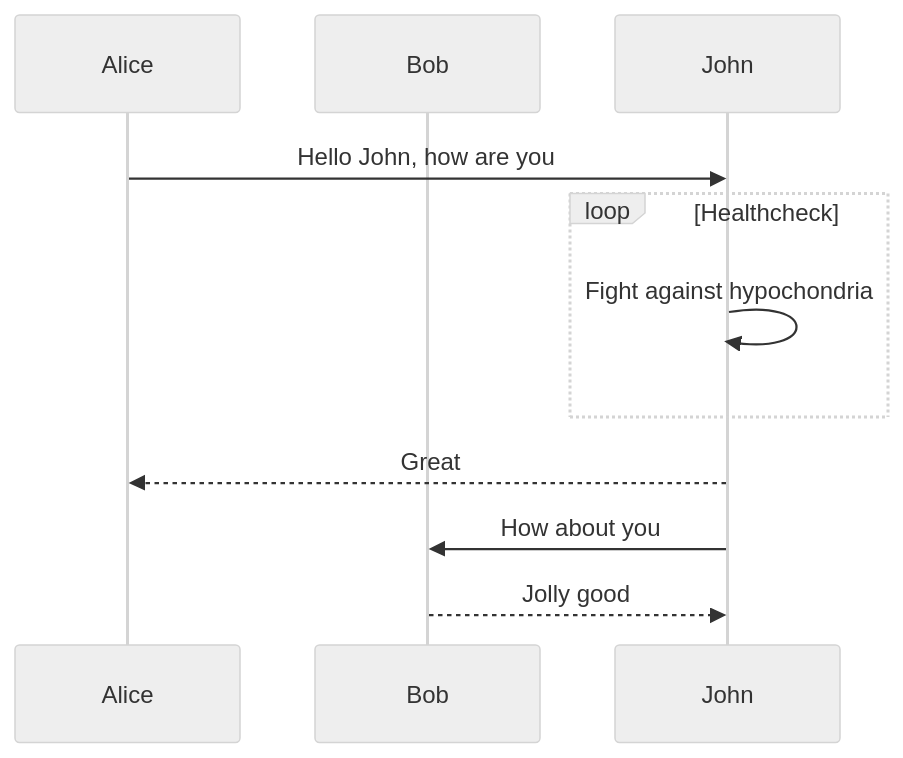
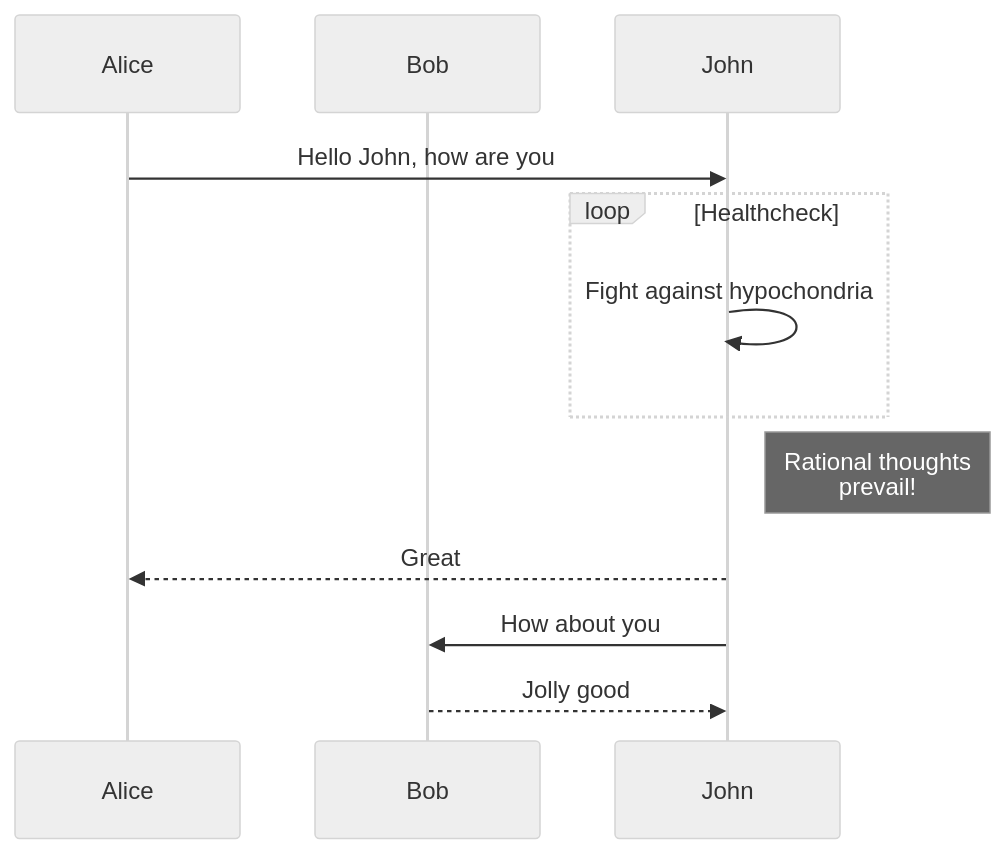
One commit to kimbank/kimbank.github.io changed the second of 5 diagrams in _posts/project/LB/2021-07-20-project-LB-퀀트의 역사.md. Above: the diagram before and after it, drawn with Mermaid (neutral theme). The commit also changed other lines of this file, not shown here.

````diff
--- a/_posts/project/LB/2021-07-20-project-LB-퀀트의 역사.md
+++ b/_posts/project/LB/2021-07-20-project-LB-퀀트의 역사.md
@@ -52,14 +26,13 @@
-<div class="mermaid"> 
-
+```mermaid
 sequenceDiagram;
     participant Alice;
     participant Bob;
     Alice->>John: Hello John, how are you;
     loop Healthcheck;
         John->>John: Fight against hypochondria;
     end;
+    Note right of John: Rational thoughts <br/>prevail!;
     John-->>Alice: Great;
     John->>Bob: How about you;
     Bob-->>John: Jolly good;
-
-</div>
+```
````
